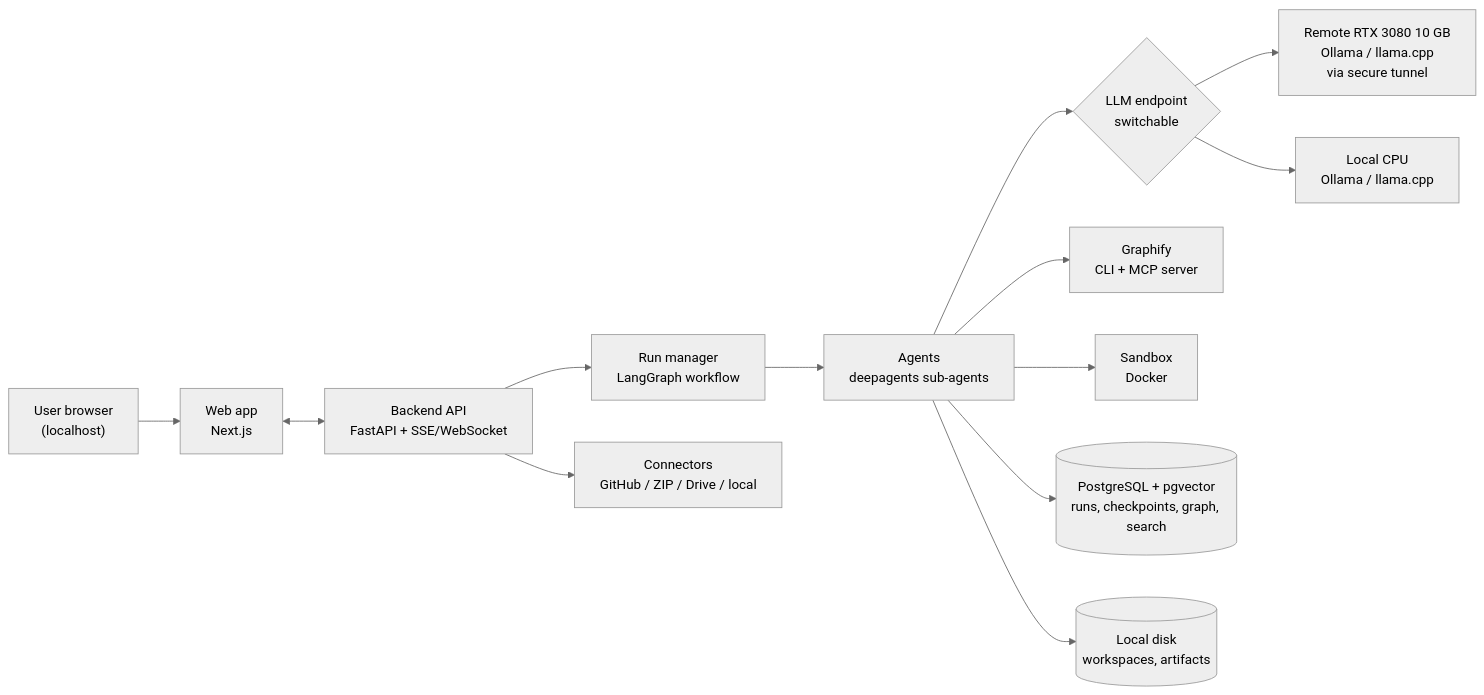
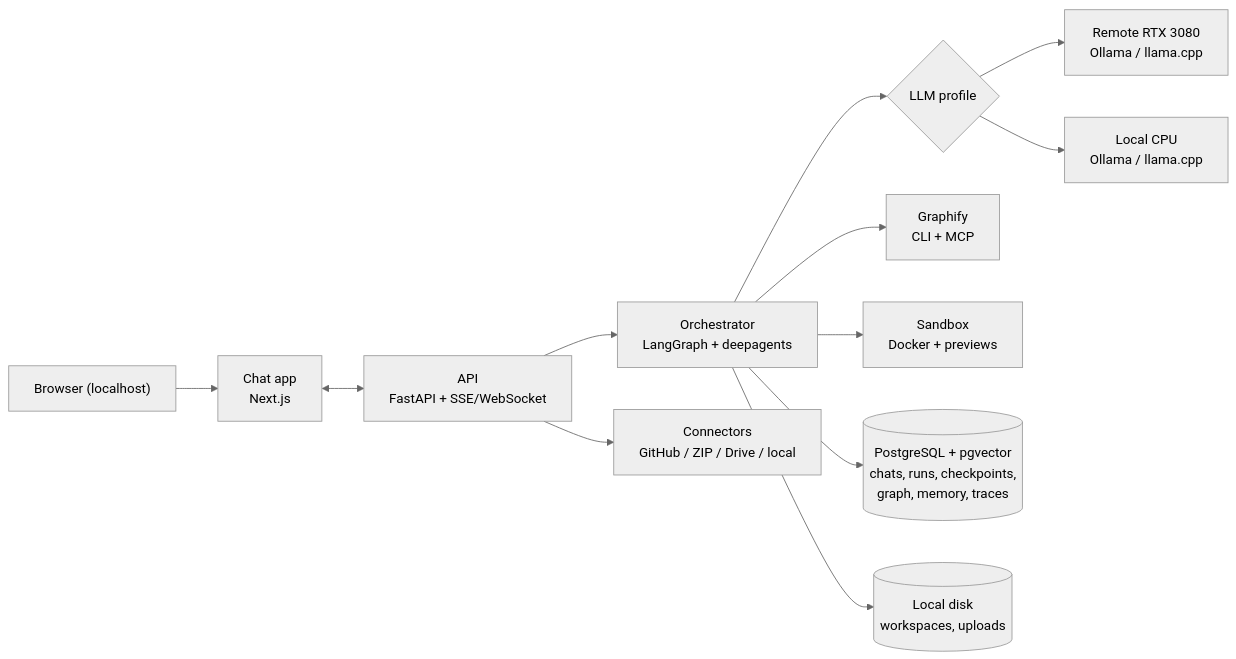
Before and after one commit to iamtalharazzaq/codewright: the fifth of 5 diagrams in README.md, drawn with Mermaid (neutral theme). The commit also changed other lines of this file and 1 other file, not shown here.

````diff
--- a/README.md
+++ b/README.md
@@ -425,15 +738,14 @@
 ```mermaid
 flowchart LR
-    U["User browser<br/>(localhost)"] --> WEB["Web app<br/>Next.js"]
-    WEB <--> API["Backend API<br/>FastAPI + SSE/WebSocket"]
-    API --> RUN["Run manager<br/>LangGraph workflow"]
-    RUN --> AG["Agents<br/>deepagents sub-agents"]
-    AG --> LLM{"LLM endpoint<br/>switchable"}
-    LLM --> GPU["Remote RTX 3080 10 GB<br/>Ollama / llama.cpp<br/>via secure tunnel"]
+    U["Browser (localhost)"] --> WEB["Chat app<br/>Next.js"]
+    WEB <--> API["API<br/>FastAPI + SSE/WebSocket"]
+    API --> ORC["Orchestrator<br/>LangGraph + deepagents"]
+    ORC --> LLM{"LLM profile"}
+    LLM --> GPU["Remote RTX 3080<br/>Ollama / llama.cpp"]
     LLM --> CPU["Local CPU<br/>Ollama / llama.cpp"]
-    AG --> GF["Graphify<br/>CLI + MCP server"]
-    AG --> SB["Sandbox<br/>Docker"]
-    AG --> PG[("PostgreSQL + pgvector<br/>runs, checkpoints, graph, search")]
-    AG --> FS[("Local disk<br/>workspaces, artifacts")]
+    ORC --> GF["Graphify<br/>CLI + MCP"]
+    ORC --> SB["Sandbox<br/>Docker + previews"]
+    ORC --> PG[("PostgreSQL + pgvector<br/>chats, runs, checkpoints,<br/>graph, memory, traces")]
+    ORC --> FS[("Local disk<br/>workspaces, uploads")]
     API --> CON["Connectors<br/>GitHub / ZIP / Drive / local"]
 ```
````
